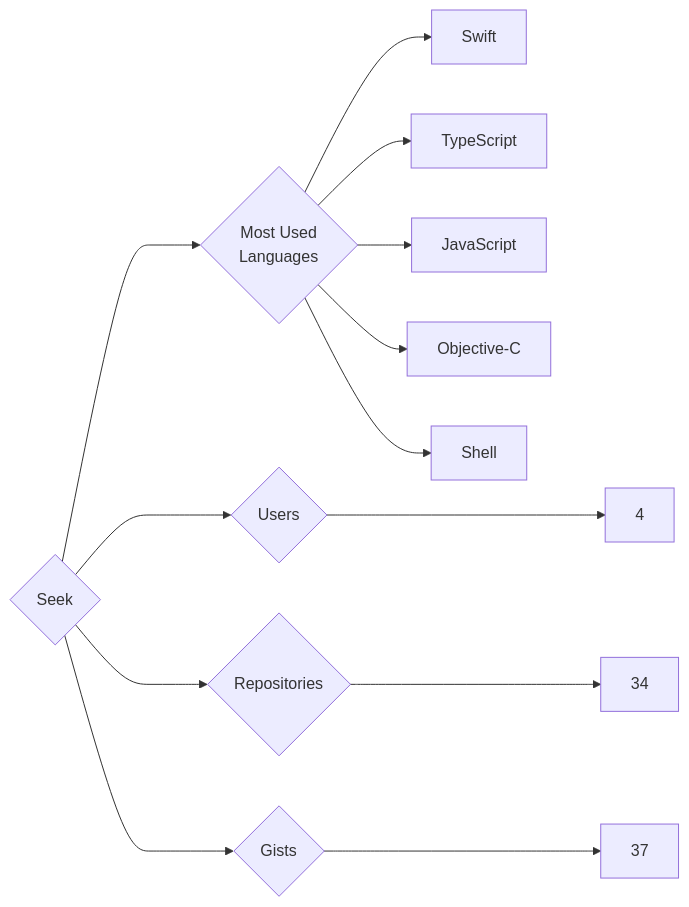
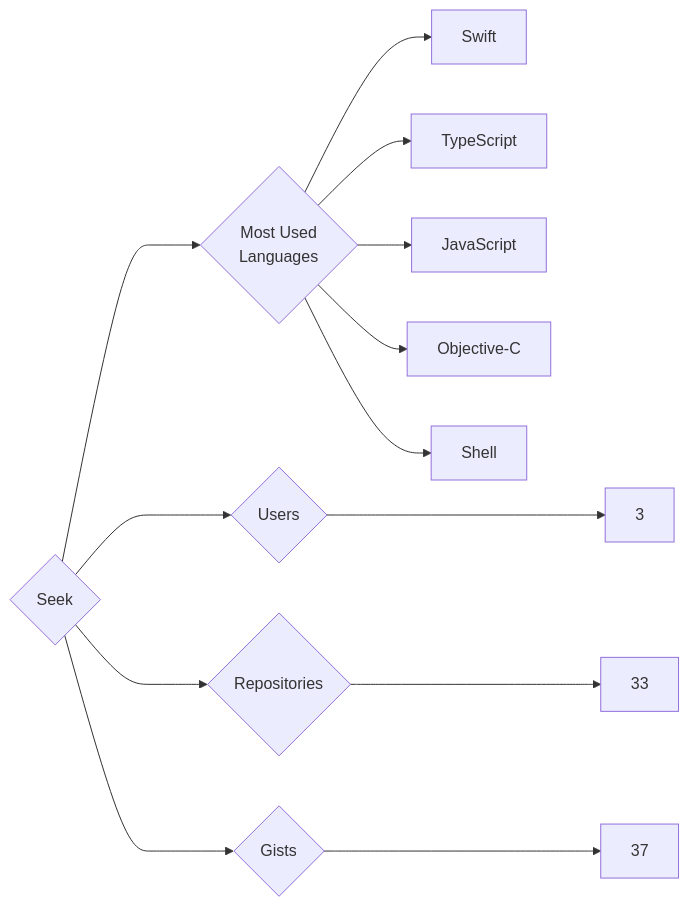
The diagram in targets/Seek/README.md (trickest/insiders), drawn with Mermaid before and after one commit. The commit also changed 969 other files, not shown here.

````diff
--- a/targets/Seek/README.md
+++ b/targets/Seek/README.md
@@ -3,13 +3,13 @@
 ```mermaid
 graph LR
 COMPANY_NAME{Seek}
-COMPANY_NAME ---> U{Users} ---> UN[4]
-COMPANY_NAME ---> R{Repositories} ---> RN[34]
+COMPANY_NAME ---> U{Users} ---> UN[3]
+COMPANY_NAME ---> R{Repositories} ---> RN[33]
 COMPANY_NAME ---> G{Gists} ---> GN[37]
 COMPANY_NAME ---> ML{Most Used<br>Languages}
 ML --> Swift[Swift]
 ML --> TypeScript[TypeScript]
 ML --> JavaScript[JavaScript]
 ML --> Objective-C[Objective-C]
 ML --> Shell[Shell]
 ```
````
